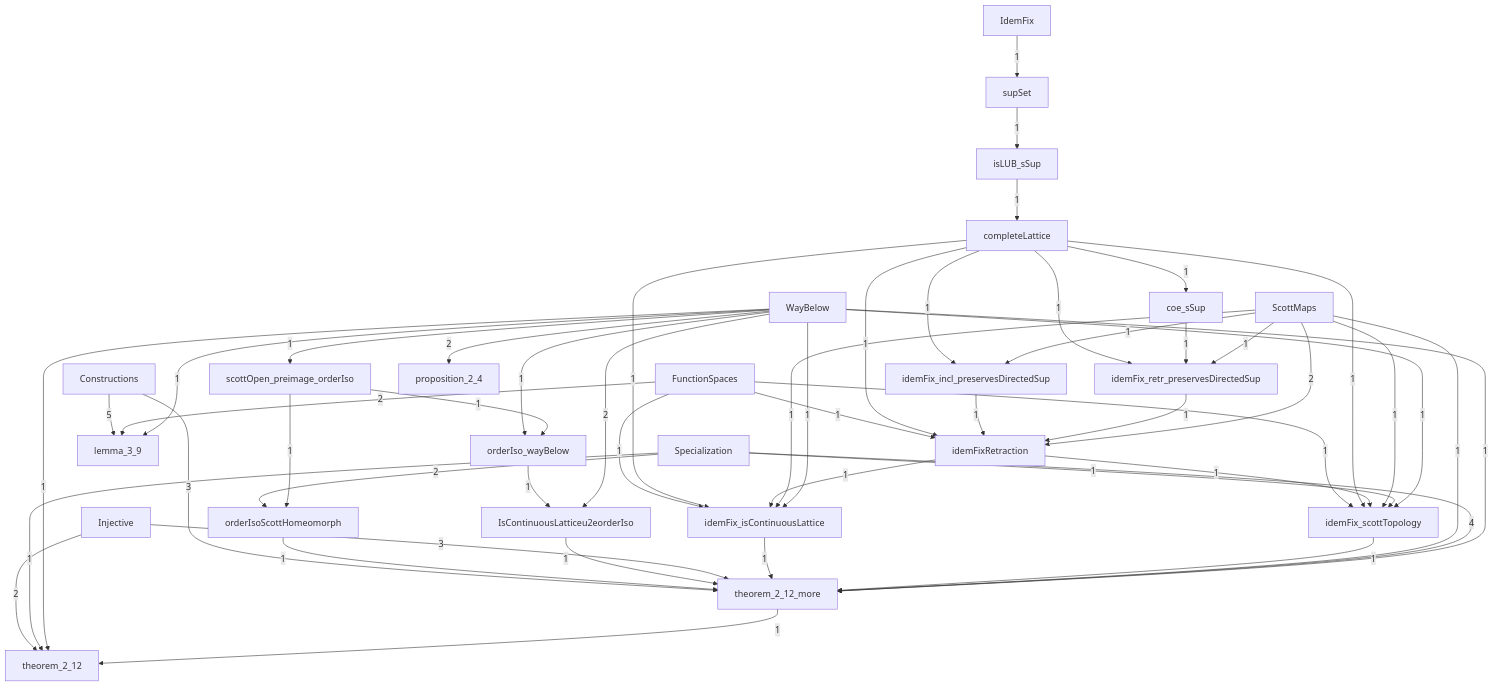
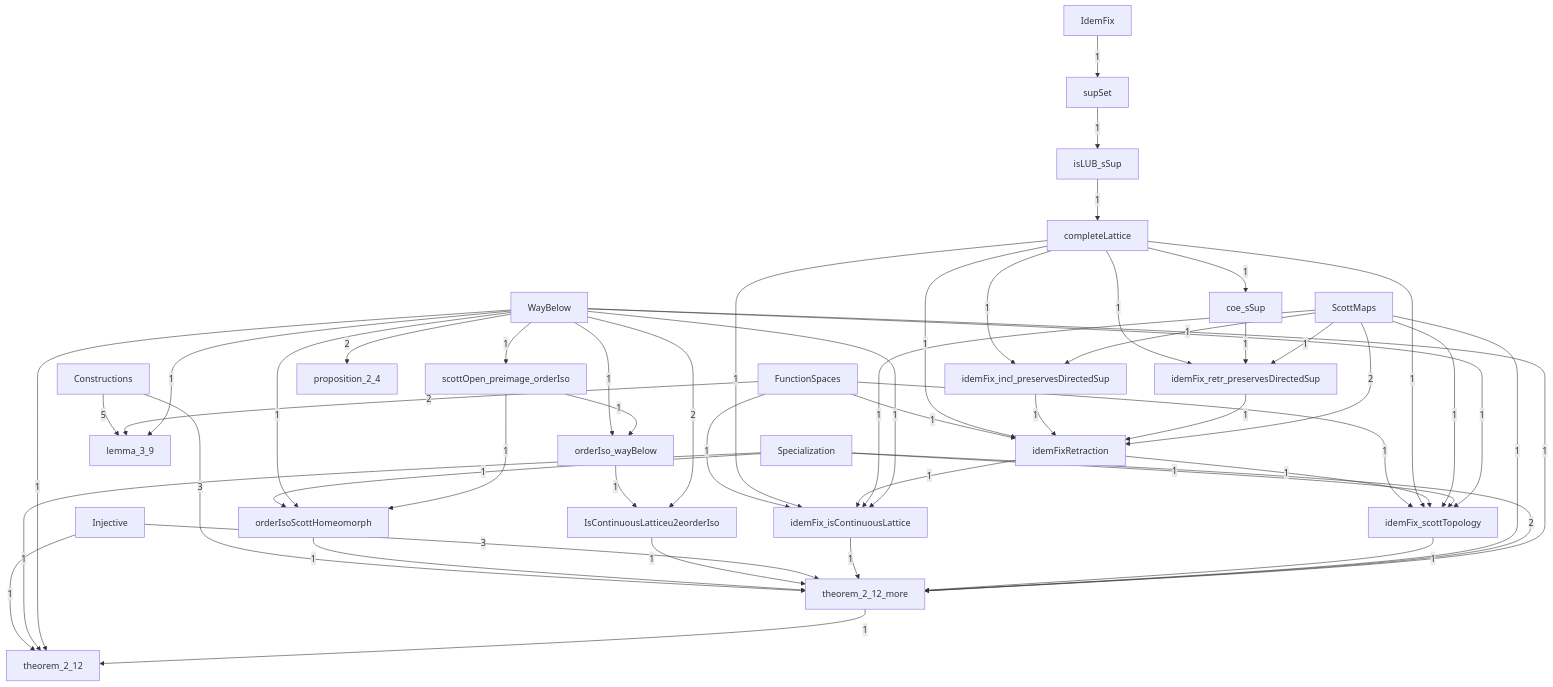
Before and after one commit to catskillsresearch/DomainTheory: the diagram in DomainTheory/ContinuousLattice/ContinuousLattices/ContinuousLattices.mermaid, drawn with Mermaid. The commit also changed 54 other files, not shown here.

```diff
--- a/DomainTheory/ContinuousLattice/ContinuousLattices/ContinuousLattices.mermaid
+++ b/DomainTheory/ContinuousLattice/ContinuousLattices/ContinuousLattices.mermaid
@@ -1,82 +1,83 @@
 %% Inside ContinuousLattices. A box is one Lean file in this folder, or one subfolder.
 %% A box named as another folder is that whole folder. A box named as another chapter is that whole chapter.
 %% The arrowhead points at the file or folder that imports. The label is how many direct imports.
 flowchart TB
 
   N17["coe_sSup"]
   N16["completeLattice"]
   N0["Constructions"]
   N1["FunctionSpaces"]
   N6["IdemFix"]
   N18["idemFix_incl_preservesDirectedSup"]
   N21["idemFix_isContinuousLattice"]
   N19["idemFix_retr_preservesDirectedSup"]
   N22["idemFix_scottTopology"]
   N20["idemFixRetraction"]
   N2["Injective"]
   N12["IsContinuousLatticeu2eorderIso"]
   N15["isLUB_sSup"]
   N7["lemma_3_9"]
   N11["orderIso_wayBelow"]
   N10["orderIsoScottHomeomorph"]
   N8["proposition_2_4"]
   N3["ScottMaps"]
   N9["scottOpen_preimage_orderIso"]
   N4["Specialization"]
   N14["supSet"]
   N26["theorem_2_12"]
   theorem_2_12_more["theorem_2_12_more"]
   N5["WayBelow"]
 
-  N4 -->|"2"| N10
+  N4 -->|"1"| N10
+  N5 -->|"1"| N10
   N9 -->|"1"| N10
   N5 -->|"1"| N11
   N9 -->|"1"| N11
   N11 -->|"1"| N12
   N5 -->|"2"| N12
   N6 -->|"1"| N14
   N14 -->|"1"| N15
   N15 -->|"1"| N16
   N16 -->|"1"| N17
   N16 -->|"1"| N18
   N3 -->|"1"| N18
   N16 -->|"1"| N19
   N17 -->|"1"| N19
   N3 -->|"1"| N19
   N1 -->|"1"| N20
   N16 -->|"1"| N20
   N18 -->|"1"| N20
   N19 -->|"1"| N20
   N3 -->|"2"| N20
   N1 -->|"1"| N21
   N16 -->|"1"| N21
   N20 -->|"1"| N21
   N3 -->|"1"| N21
   N5 -->|"1"| N21
   N1 -->|"1"| N22
   N16 -->|"1"| N22
   N20 -->|"1"| N22
   N3 -->|"1"| N22
   N4 -->|"1"| N22
   N5 -->|"1"| N22
-  N2 -->|"2"| N26
+  N2 -->|"1"| N26
   N4 -->|"1"| N26
   N5 -->|"1"| N26
   theorem_2_12_more -->|"1"| N26
   N0 -->|"5"| N7
   N1 -->|"2"| N7
   N5 -->|"1"| N7
   N5 -->|"2"| N8
   N5 -->|"1"| N9
   N0 -->|"3"| theorem_2_12_more
   N10 -->|"1"| theorem_2_12_more
   N12 -->|"1"| theorem_2_12_more
   N2 -->|"3"| theorem_2_12_more
   N21 -->|"1"| theorem_2_12_more
   N22 -->|"1"| theorem_2_12_more
   N3 -->|"1"| theorem_2_12_more
-  N4 -->|"4"| theorem_2_12_more
+  N4 -->|"2"| theorem_2_12_more
   N5 -->|"1"| theorem_2_12_more
 
   classDef file fill:#dbeafe,stroke:#1d4ed8,color:#1e3a8a
   classDef ext fill:#f3f4f6,stroke:#374151,color:#111827
```
